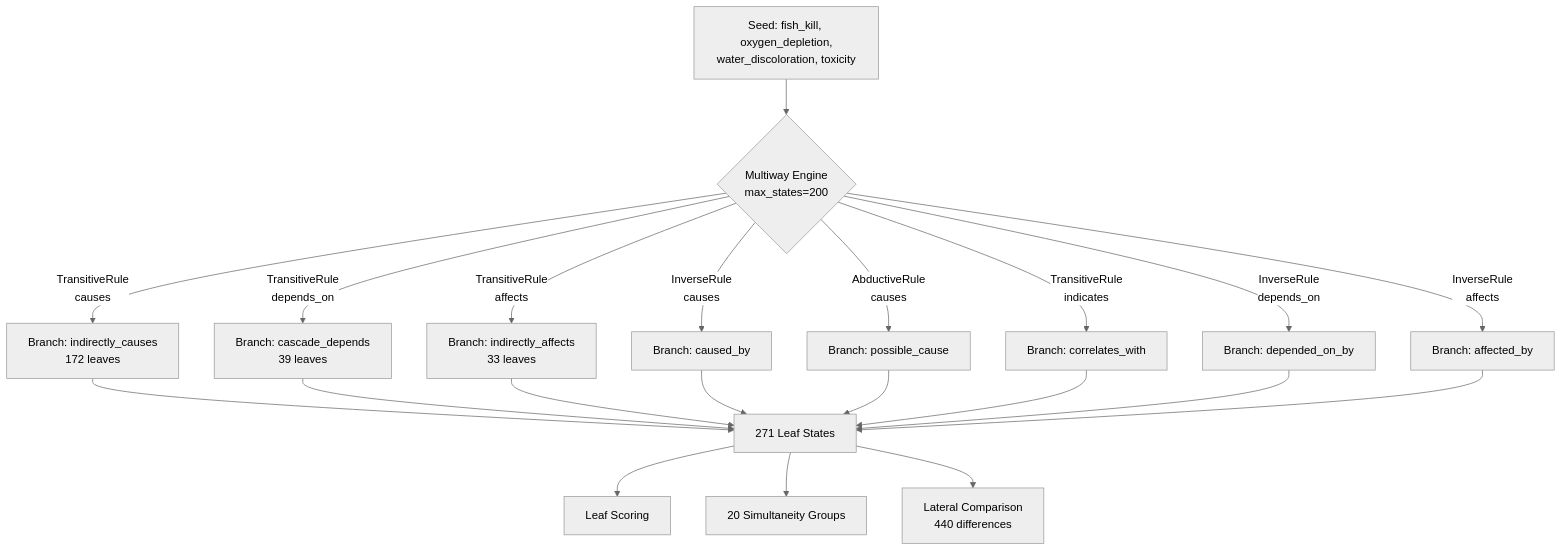
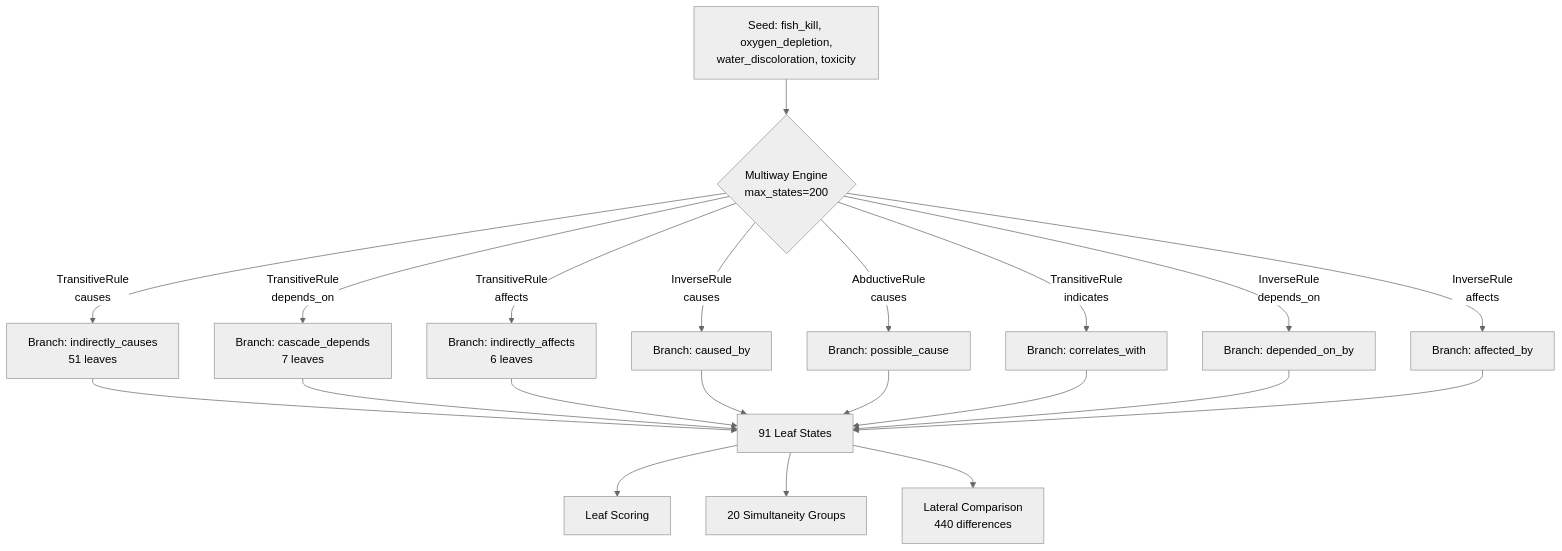
Before and after one commit to antquinonez/Hyper3: the second of 2 diagrams in examples/showcase/reasoning/multiway_diversity/README.md, drawn with Mermaid (neutral theme). The commit also changed other lines of this file and 3 other files, not shown here.

````diff
--- a/examples/showcase/reasoning/multiway_diversity/README.md
+++ b/examples/showcase/reasoning/multiway_diversity/README.md
@@ -137,27 +137,27 @@
 ```mermaid
 graph TD
     SEED["Seed: fish_kill, oxygen_depletion,<br/>water_discoloration, toxicity"]
     SEED --> MW{"Multiway Engine<br/>max_states=200"}
 
-    MW -->|"TransitiveRule<br/>causes"| B1["Branch: indirectly_causes<br/>172 leaves"]
-    MW -->|"TransitiveRule<br/>depends_on"| B2["Branch: cascade_depends<br/>39 leaves"]
-    MW -->|"TransitiveRule<br/>affects"| B3["Branch: indirectly_affects<br/>33 leaves"]
+    MW -->|"TransitiveRule<br/>causes"| B1["Branch: indirectly_causes<br/>51 leaves"]
+    MW -->|"TransitiveRule<br/>depends_on"| B2["Branch: cascade_depends<br/>7 leaves"]
+    MW -->|"TransitiveRule<br/>affects"| B3["Branch: indirectly_affects<br/>6 leaves"]
     MW -->|"TransitiveRule<br/>indicates"| B6["Branch: correlates_with"]
     MW -->|"InverseRule<br/>causes"| B4["Branch: caused_by"]
     MW -->|"InverseRule<br/>depends_on"| B7["Branch: depended_on_by"]
     MW -->|"InverseRule<br/>affects"| B8["Branch: affected_by"]
     MW -->|"AbductiveRule<br/>causes"| B5["Branch: possible_cause"]
 
-    B1 --> LEAF["271 Leaf States"]
+    B1 -->     LEAF["91 Leaf States"]
     B2 --> LEAF
     B3 --> LEAF
     B4 --> LEAF
     B5 --> LEAF
     B6 --> LEAF
     B7 --> LEAF
     B8 --> LEAF
 
     LEAF --> SCORE["Leaf Scoring"]
     LEAF --> CLUSTER["20 Simultaneity Groups"]
     LEAF --> COMPARE["Lateral Comparison<br/>440 differences"]
 ```
````
